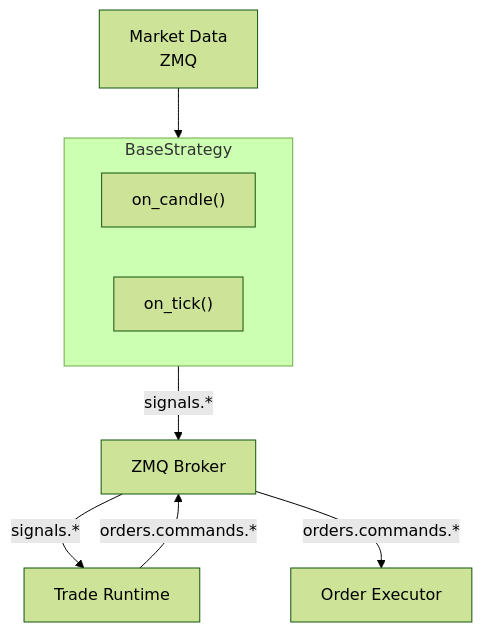
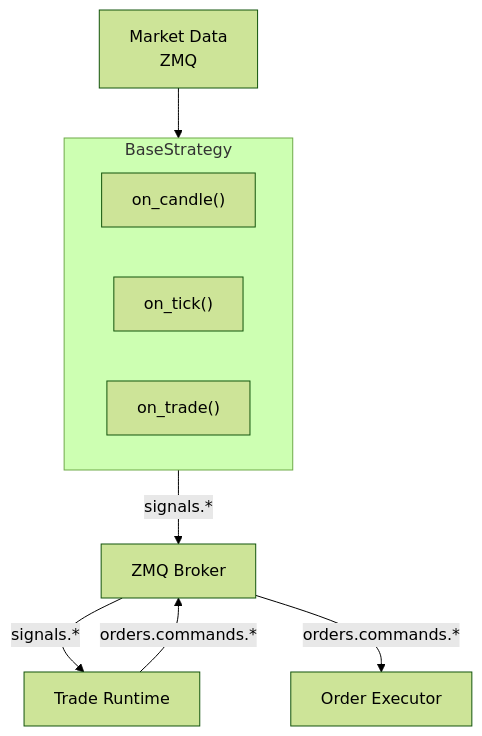
One commit to mateusz-klatt/snapper changed the first of 2 diagrams in docs/strategies.md. Above: the diagram before and after it, drawn with Mermaid (forest theme). The commit also changed other lines of this file and 12 other files, not shown here.

````diff
--- a/docs/strategies.md
+++ b/docs/strategies.md
@@ -10,15 +10,16 @@
 ```mermaid
 flowchart TB
     MarketData["Market Data<br/>ZMQ"] --> Strategy
     Broker["ZMQ Broker"]
 
     subgraph Strategy["BaseStrategy"]
         OnBar["on_candle()"]
         OnTick["on_tick()"]
+        OnTrade["on_trade()"]
     end
 
     Strategy -->|signals.*| Broker
     Broker -->|signals.*| Coordinator["Trade Runtime"]
     Coordinator -->|orders.commands.*| Broker
     Broker -->|orders.commands.*| Executor["Order Executor"]
 ```
````
